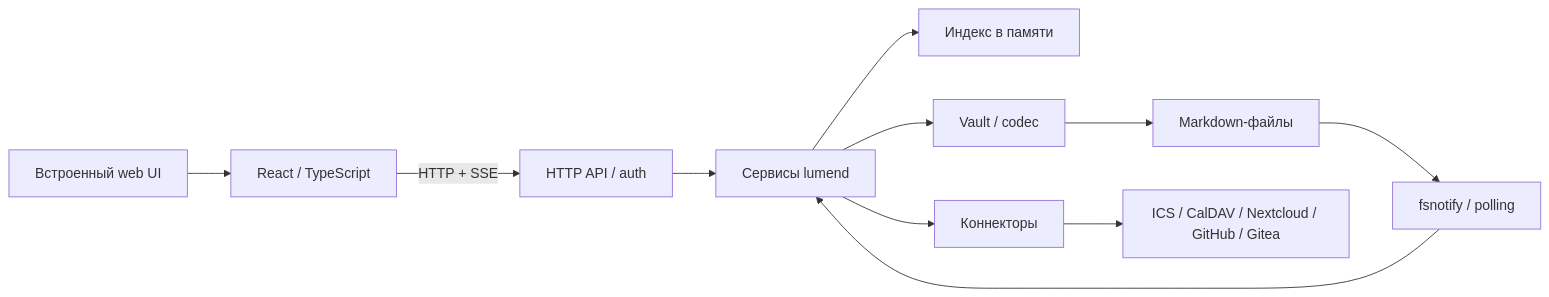
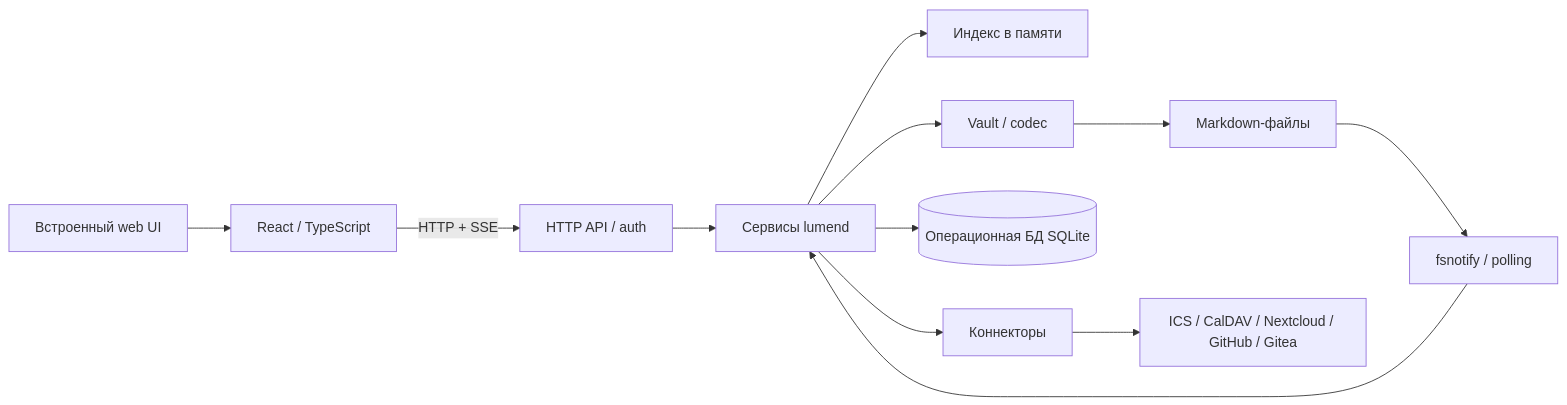
Before and after one commit to villetacore/lumen: the diagram in docs/ARCHITECTURE.md, drawn with Mermaid. The commit also changed other lines of this file and 21 other files, not shown here.

````diff
--- a/docs/ARCHITECTURE.md
+++ b/docs/ARCHITECTURE.md
@@ -9,13 +9,14 @@
 ```mermaid
 flowchart LR
     Browser[React / TypeScript] -->|HTTP + SSE| API[HTTP API / auth]
     UI[Встроенный web UI] --> Browser
     API --> Services[Сервисы lumend]
     Services --> Index[Индекс в памяти]
     Services --> Vault[Vault / codec]
+    Services --> State[(Операционная БД SQLite)]
     Vault --> Files[Markdown-файлы]
     Files --> Watch[fsnotify / polling]
     Watch --> Services
     Services --> Connectors[Коннекторы]
     Connectors --> External[ICS / CalDAV / Nextcloud / GitHub / Gitea]
 ```
````
